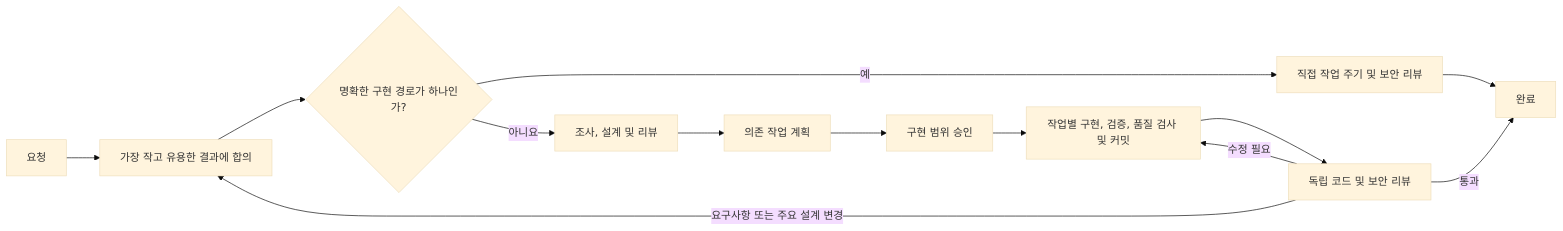
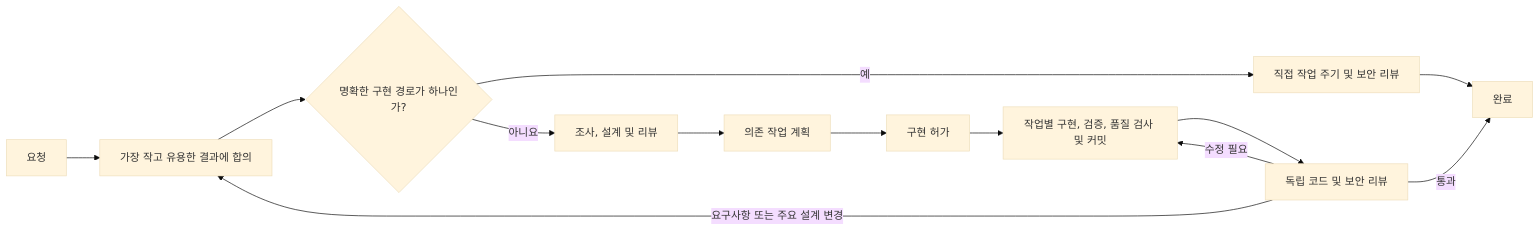
Before and after one commit to shinpr/codex-workflows: the diagram in README.ko.md, drawn with Mermaid (base theme). The commit also changed other lines of this file and 4 other files, not shown here.

````diff
--- a/README.ko.md
+++ b/README.ko.md
@@ -82,15 +82,15 @@
 ```mermaid
 flowchart LR
     A[요청] --> B[가장 작고 유용한 결과에 합의]
     B --> C{명확한 구현 경로가 하나인가?}
     C -->|예| S[직접 작업 주기 및 보안 리뷰]
     S --> L[완료]
     C -->|아니요| D[조사, 설계 및 리뷰]
     D --> E[의존 작업 계획]
-    E --> F[구현 범위 승인]
+    E --> F[구현 허가]
     F --> H[작업별 구현, 검증, 품질 검사 및 커밋]
     H --> K[독립 코드 및 보안 리뷰]
     K -->|수정 필요| H
     K -->|요구사항 또는 주요 설계 변경| B
     K -->|통과| L[완료]
 ```
````
